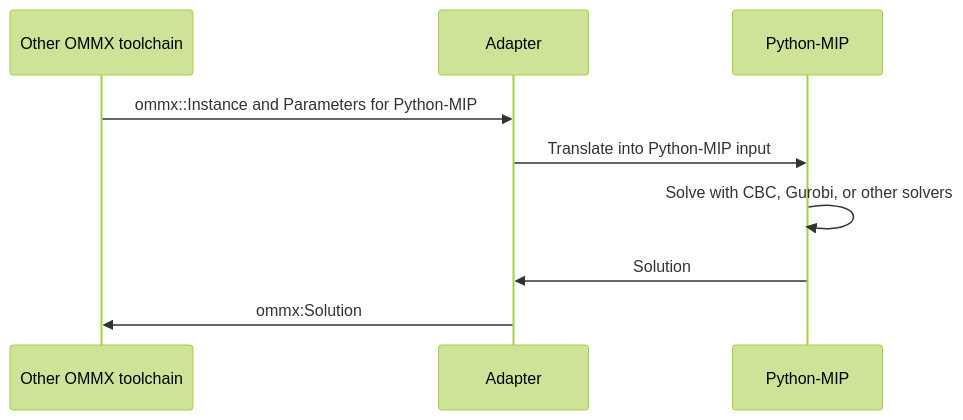
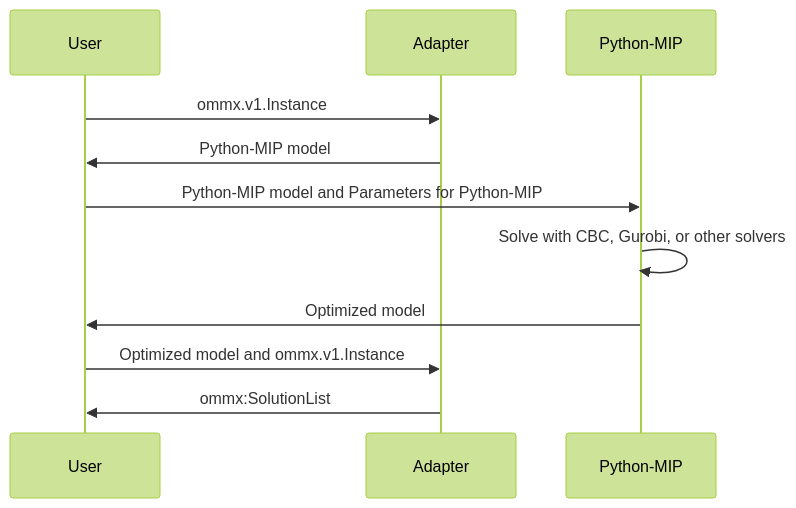
Before and after one commit to Jij-Inc/ommx: the first of 2 diagrams in README.md, drawn with Mermaid (forest theme). The commit also changed other lines of this file and 7 other files, not shown here.

First line of the commit message:
Add `model_to_instance` (#5)

````diff
--- a/README.md
+++ b/README.md
@@ -9,11 +9,13 @@
 ```mermaid
 sequenceDiagram
-    participant O as Other OMMX toolchain
+    participant U as User
     participant A as Adapter
     participant P as Python-MIP
-    O->>A: ommx::Instance and Parameters for Python-MIP;
-    A->>P: Translate into Python-MIP input
+    U->>A: ommx.v1.Instance
+    A->>U: Python-MIP model
+    U->>P: Python-MIP model and Parameters for Python-MIP;
     P->>P: Solve with CBC, Gurobi, or other solvers
-    P->>A: Solution
-    A->>O: ommx:Solution
+    P->>U: Optimized model
+    U->>A: Optimized model and ommx.v1.Instance
+    A->>U: ommx:SolutionList
 ```
````
